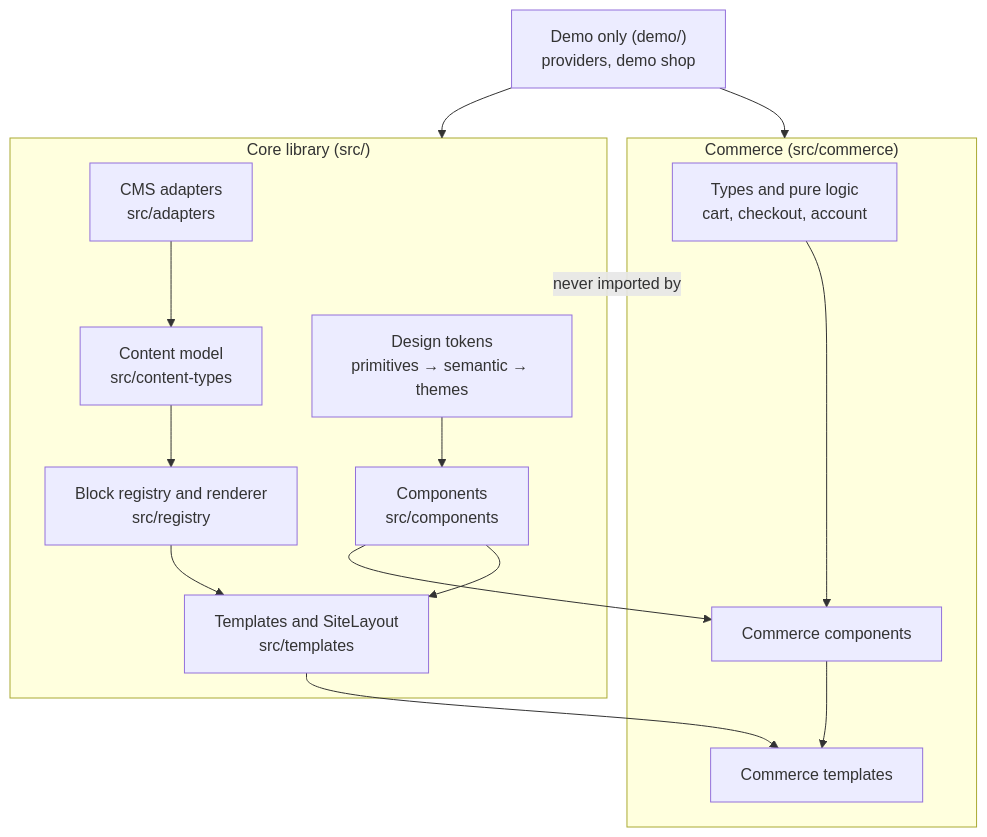
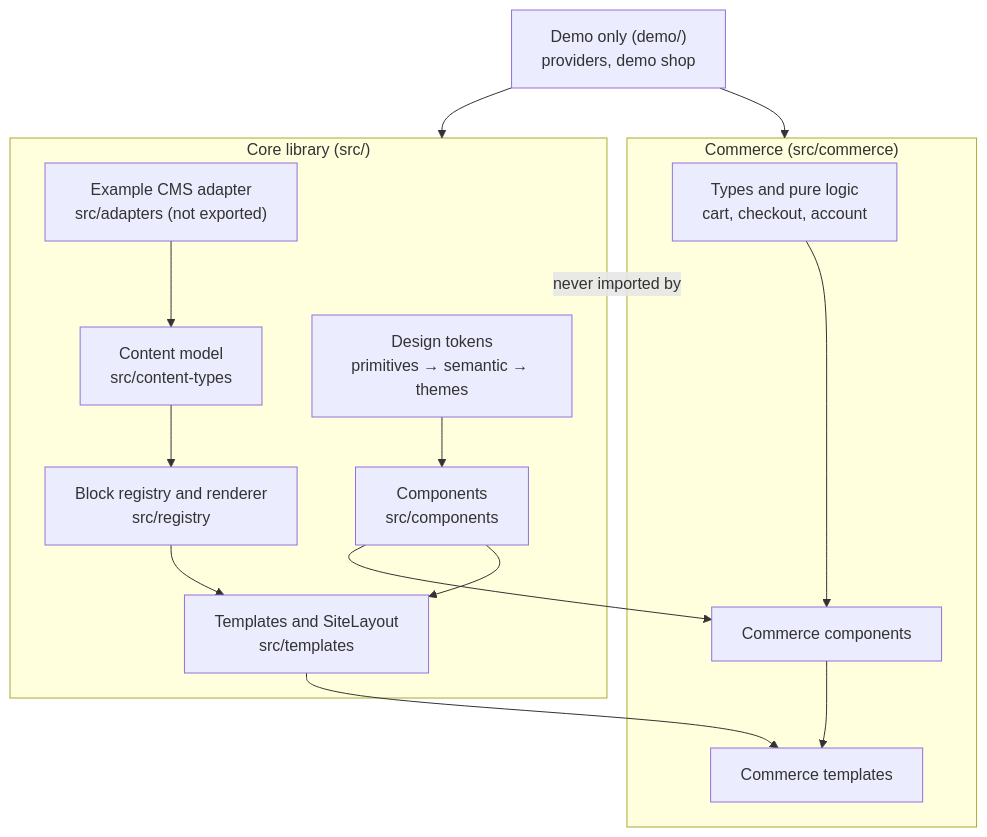
One commit to jpiemeisl/storybook-playwright changed the first of 4 diagrams in docs/ARCHITECTURE.md. Above: the diagram before and after it, drawn with Mermaid.

Commit message:
Docs: the architecture diagram labels src/adapters as the unexported example adapter

````diff
--- a/docs/ARCHITECTURE.md
+++ b/docs/ARCHITECTURE.md
@@ -8,27 +8,27 @@
 ```mermaid
 flowchart TB
   subgraph core["Core library (src/)"]
     tokens["Design tokens<br/>primitives → semantic → themes"]
     components["Components<br/>src/components"]
     templates["Templates and SiteLayout<br/>src/templates"]
     model["Content model<br/>src/content-types"]
     registry["Block registry and renderer<br/>src/registry"]
-    adapters["CMS adapters<br/>src/adapters"]
+    adapters["Example CMS adapter<br/>src/adapters (not exported)"]
   end
   subgraph commerce["Commerce (src/commerce)"]
     ctypes["Types and pure logic<br/>cart, checkout, account"]
     ccomponents["Commerce components"]
     ctemplates["Commerce templates"]
   end
   demo["Demo only (demo/)<br/>providers, demo shop"]
 
   tokens --> components --> templates
   model --> registry --> templates
   adapters --> model
   components --> ccomponents
   templates --> ctemplates
   ctypes --> ccomponents --> ctemplates
   commerce -. "never imported by" .-> core
   demo --> commerce
   demo --> core
 ```
````
